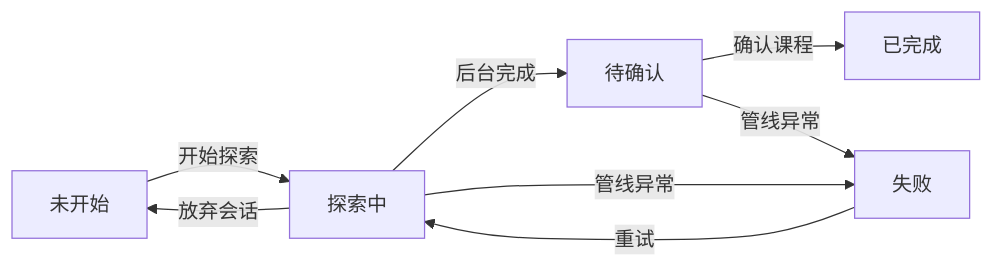
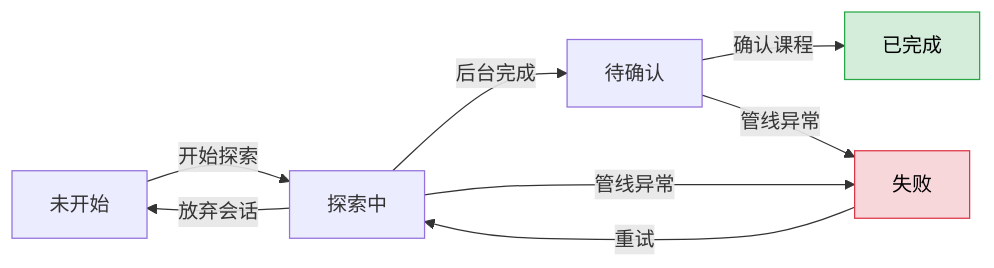
The third of 5 diagrams in docs/design/downloads-flow.md (swfswf1234/QED-Engine), drawn with Mermaid before and after one commit. The commit also changed other lines of this file and 42 other files, not shown here.

````diff
--- a/docs/design/downloads-flow.md
+++ b/docs/design/downloads-flow.md
@@ -78,10 +96,14 @@
 ```mermaid
 flowchart LR
-    A[未开始] -- 开始探索 --> B[探索中]
-    B -- 后台完成 --> C[待确认]
-    C -- 确认课程 --> D[已完成]
-    B -- 管线异常 --> E[失败]
-    C -- 管线异常 --> E
-    E -- 重试 --> B
-    B -- 放弃会话 --> A
+    A["未开始"] -->|"开始探索"| B["探索中"]
+    B -->|"后台完成"| C["待确认"]
+    C -->|"确认课程"| D["已完成"]
+    B -->|"管线异常"| E["失败"]
+    C -->|"管线异常"| E
+    E -->|"重试"| B
+    B -->|"放弃会话"| A
+    classDef terminal fill:#d4edda,stroke:#28a745,color:#000
+    classDef fail fill:#f8d7da,stroke:#dc3545,color:#000
+    class D terminal
+    class E fail
 ```
````
